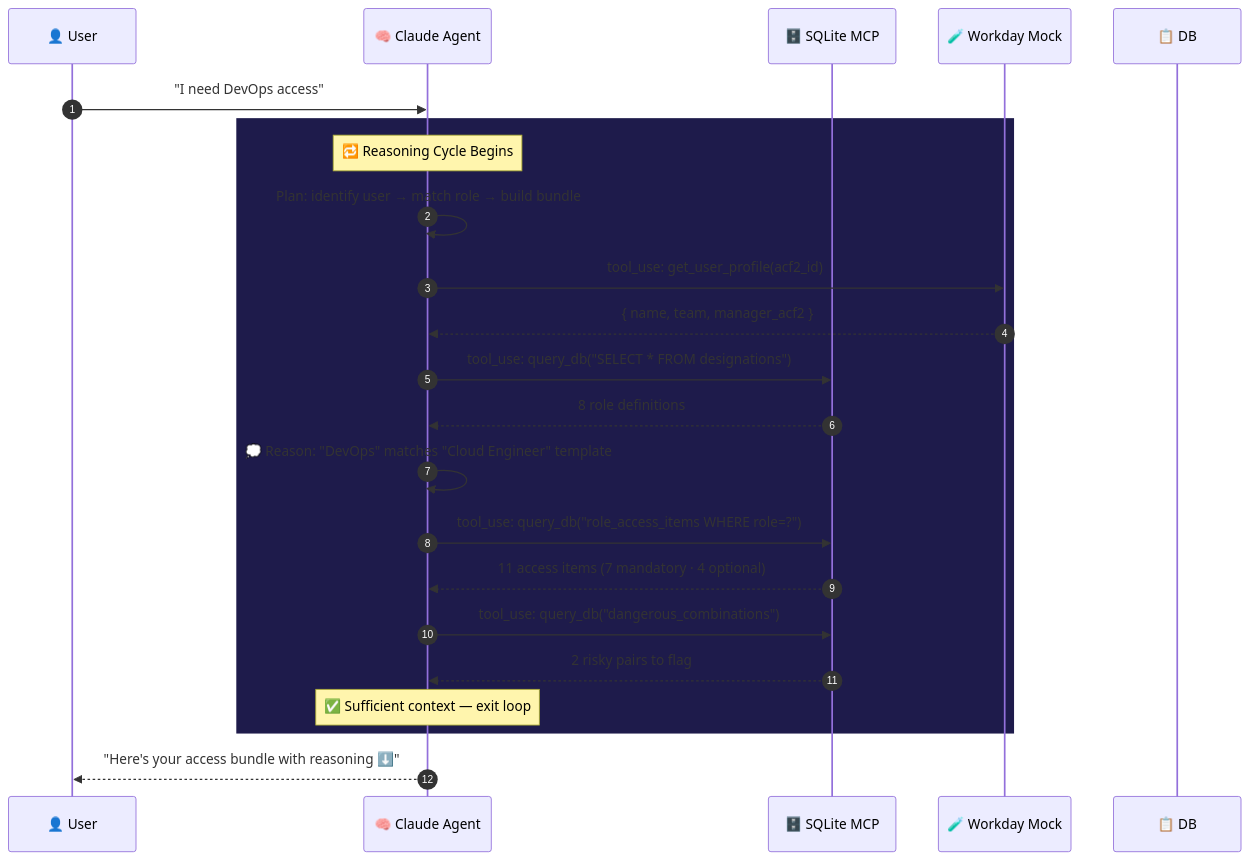
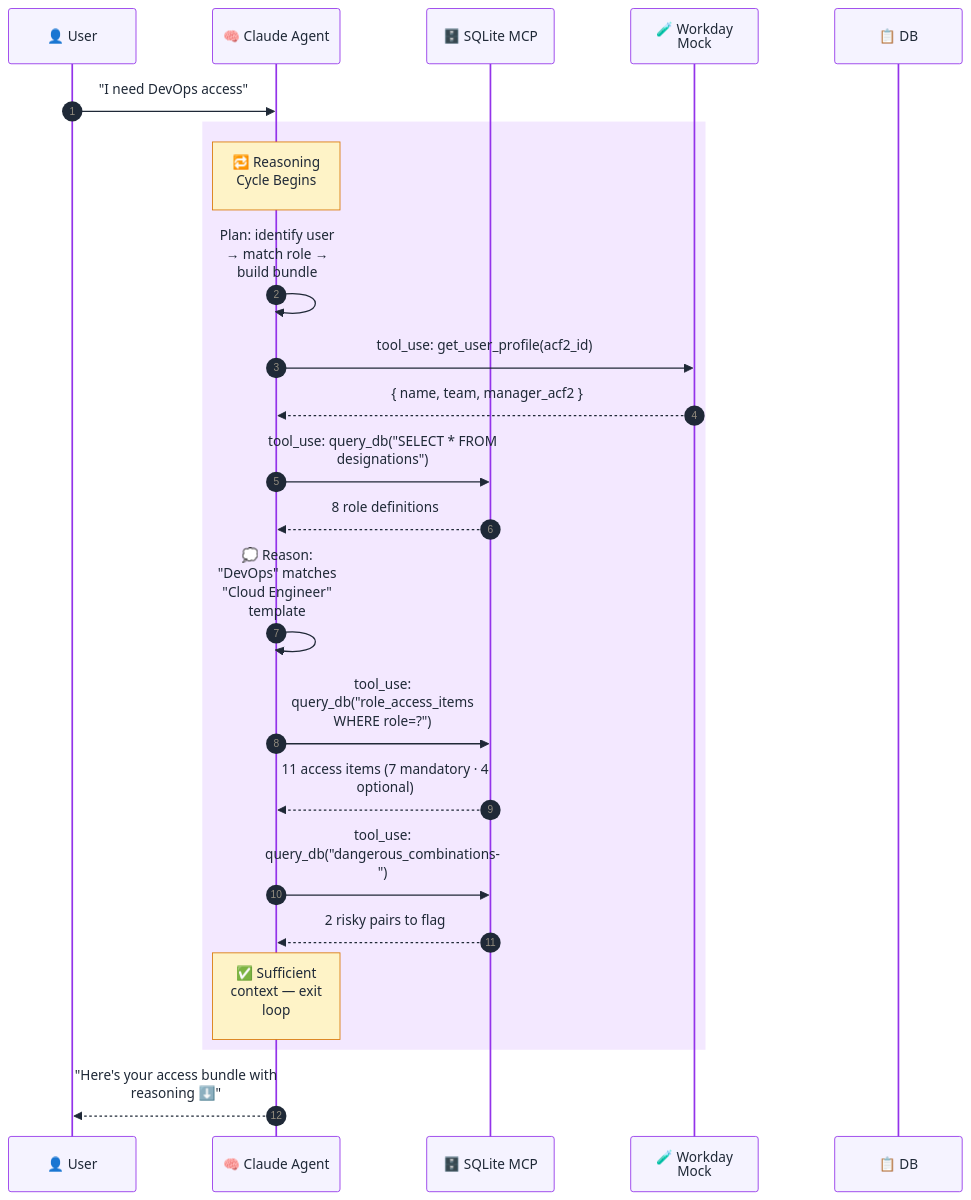
One commit to Salman1310/hackherway-ps6 changed the third of 4 diagrams in README.md. Above: the diagram before and after it, drawn with Mermaid. The commit also changed other lines of this file, not shown here.

Commit message:
docs: theme mermaid sequence diagrams for readability

````diff
--- a/README.md
+++ b/README.md
@@ -240,34 +240,35 @@
 ```mermaid
+%%{init: {'theme':'base', 'themeVariables':{'fontSize':'17px','primaryColor':'#ede9fe','primaryTextColor':'#1f2937','primaryBorderColor':'#9333EA','lineColor':'#6b7280','actorBkg':'#f5f3ff','actorBorder':'#9333EA','actorTextColor':'#1f2937','noteBkgColor':'#fef3c7','noteTextColor':'#1f2937','noteBorderColor':'#d97706'}, 'sequence':{'actorFontSize':17,'noteFontSize':16,'messageFontSize':15,'actorMargin':90,'noteMargin':18,'boxMargin':12,'messageMargin':40,'wrap':true}}}%%
 sequenceDiagram
     autonumber
     participant U as 👤 User
     participant A as 🧠 Claude Agent
     participant S as 🗄️ SQLite MCP
     participant W as 🧪 Workday Mock
     participant D as 📋 DB
 
     U->>A: "I need DevOps access"
 
-    rect rgb(30, 27, 75)
+    rect rgb(243, 232, 255)
         Note over A: 🔁 Reasoning Cycle Begins
         A->>A: Plan: identify user → match role → build bundle
 
         A->>W: tool_use: get_user_profile(acf2_id)
         W-->>A: { name, team, manager_acf2 }
 
         A->>S: tool_use: query_db("SELECT * FROM designations")
         S-->>A: 8 role definitions
 
         A->>A: 💭 Reason: "DevOps" matches "Cloud Engineer" template
 
         A->>S: tool_use: query_db("role_access_items WHERE role=?")
         S-->>A: 11 access items (7 mandatory · 4 optional)
 
         A->>S: tool_use: query_db("dangerous_combinations")
         S-->>A: 2 risky pairs to flag
 
         Note over A: ✅ Sufficient context — exit loop
     end
 
     A-->>U: "Here's your access bundle with reasoning ⬇️"
 ```
````
